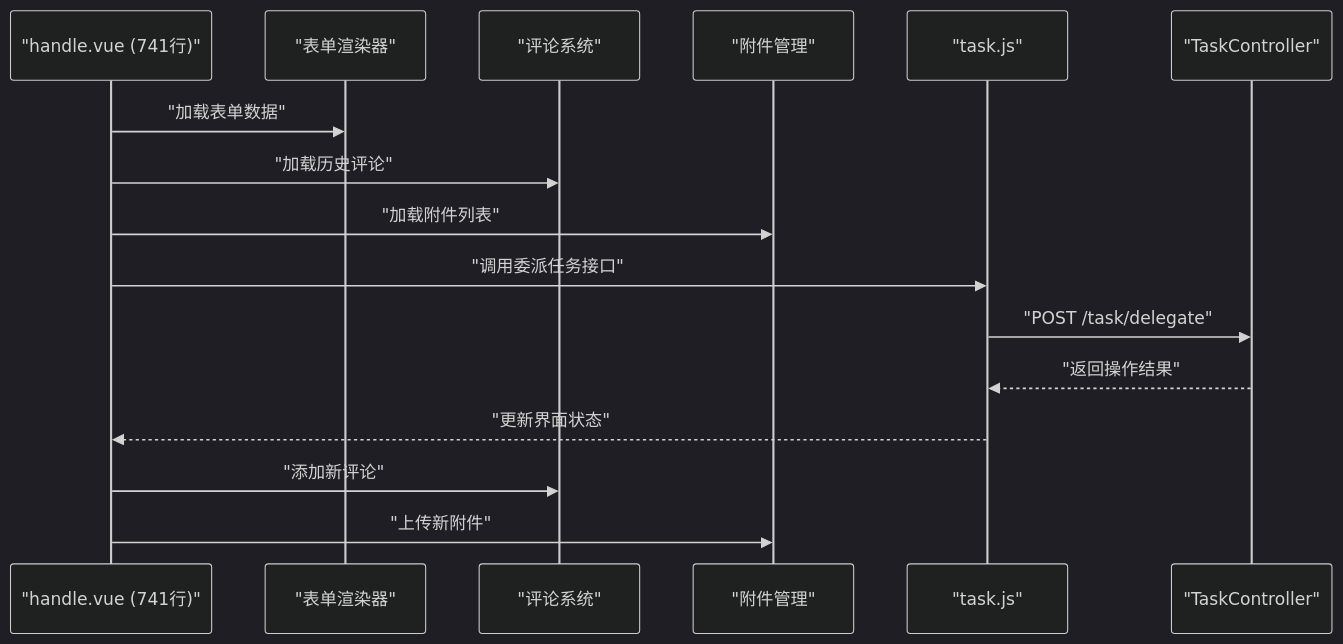
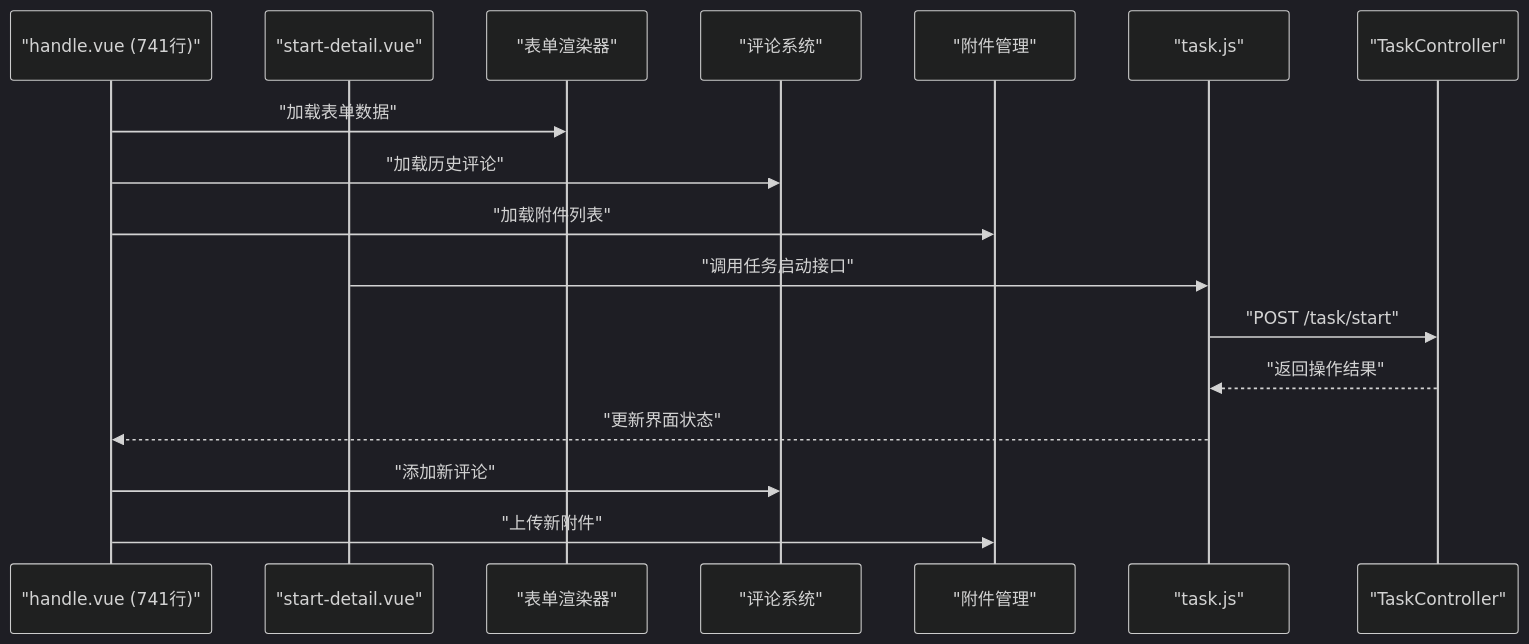
One commit to liming-lihaini/workflow changed the eighth of 11 diagrams in .qoder/repowiki/zh/content/任务管理/任务操作处理/任务操作处理.md. Above: the diagram before and after it, drawn with Mermaid (dark theme). The commit also changed other lines of this file and 30 other files, not shown here.

````diff
--- a/.qoder/repowiki/zh/content/任务管理/任务操作处理/任务操作处理.md
+++ b/.qoder/repowiki/zh/content/任务管理/任务操作处理/任务操作处理.md
@@ -485,18 +484,19 @@
 ```mermaid
 sequenceDiagram
 participant UI as "handle.vue (741行)"
+participant StartDetail as "start-detail.vue"
 participant Form as "表单渲染器"
 participant Comment as "评论系统"
 participant File as "附件管理"
 participant Api as "task.js"
 participant Ctrl as "TaskController"
 UI->>Form : "加载表单数据"
 UI->>Comment : "加载历史评论"
 UI->>File : "加载附件列表"
-UI->>Api : "调用委派任务接口"
-Api->>Ctrl : "POST /task/delegate"
+StartDetail->>Api : "调用任务启动接口"
+Api->>Ctrl : "POST /task/start"
 Ctrl-->>Api : "返回操作结果"
 Api-->>UI : "更新界面状态"
 UI->>Comment : "添加新评论"
 UI->>File : "上传新附件"
 ```
````
